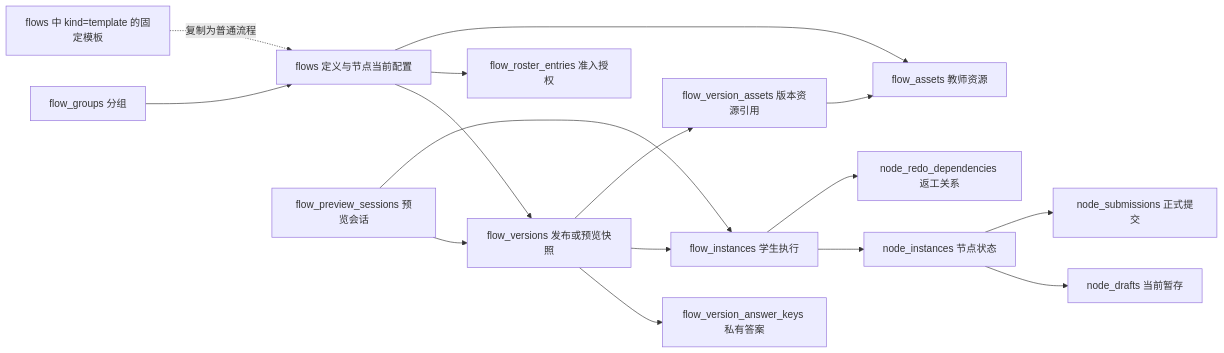
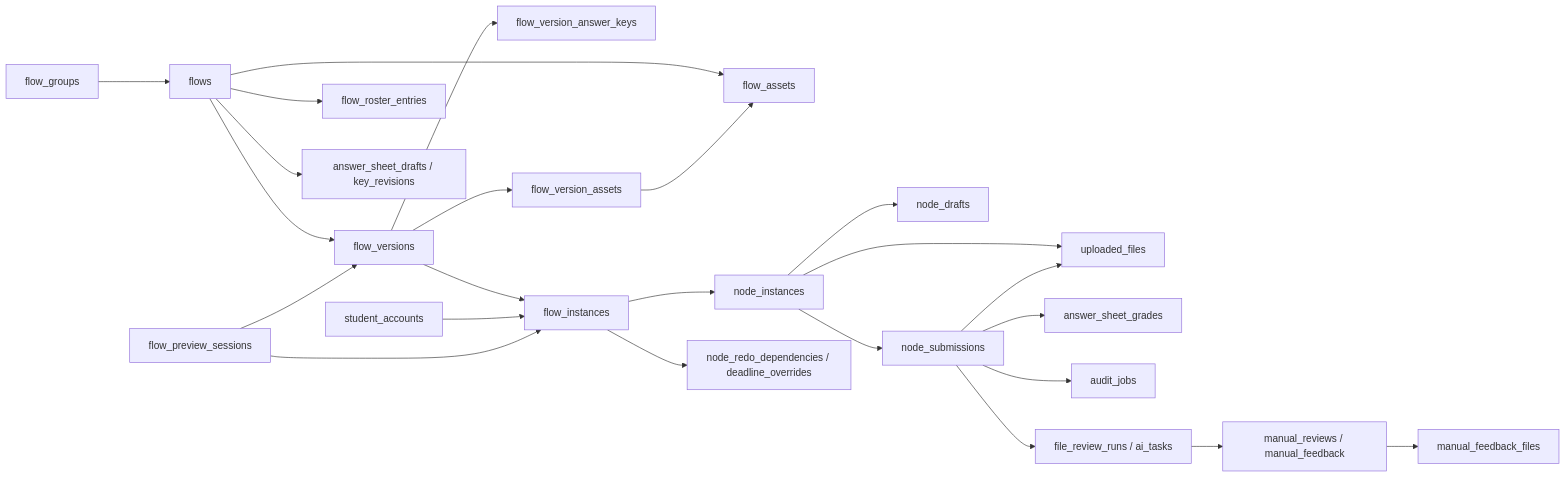
The diagram in docs/database-table-consolidation-audit.md (layerism/moyin), drawn with Mermaid before and after one commit. The commit also changed other lines of this file and 7 other files, not shown here.

````diff
--- a/docs/database-table-consolidation-audit.md
+++ b/docs/database-table-consolidation-audit.md
@@ -67,18 +210,26 @@
 ```mermaid
 flowchart LR
-    G[flow_groups 分组] --> F[flows 定义与节点当前配置]
-    F --> V[flow_versions 发布或预览快照]
-    V --> K[flow_version_answer_keys 私有答案]
-    V --> I[flow_instances 学生执行]
-    I --> N[node_instances 节点状态]
-    N --> D[node_drafts 当前暂存]
-    N --> S[node_submissions 正式提交]
-    F --> R[flow_roster_entries 准入授权]
-    F --> A[flow_assets 教师资源]
-    I --> X[node_redo_dependencies 返工关系]
-    E[flow_preview_sessions 预览会话] --> V
-    E --> I
-    V --> VA[flow_version_assets 版本资源引用]
+    G[flow_groups] --> F[flows]
+    F --> V[flow_versions]
+    F --> R[flow_roster_entries]
+    F --> A[flow_assets]
+    F --> K[answer_sheet_drafts / key_revisions]
+    V --> VK[flow_version_answer_keys]
+    V --> VA[flow_version_assets]
     VA --> A
-    T[flows 中 kind=template 的固定模板] -. 复制为普通流程 .-> F
+    V --> I[flow_instances]
+    SA[student_accounts] --> I
+    I --> N[node_instances]
+    I --> X[node_redo_dependencies / deadline_overrides]
+    N --> D[node_drafts]
+    N --> S[node_submissions]
+    N --> U[uploaded_files]
+    S --> U
+    S --> GR[answer_sheet_grades]
+    S --> J[audit_jobs]
+    S --> FR[file_review_runs / ai_tasks]
+    FR --> MF[manual_reviews / manual_feedback]
+    MF --> FF[manual_feedback_files]
+    P[flow_preview_sessions] --> V
+    P --> I
 ```
````
